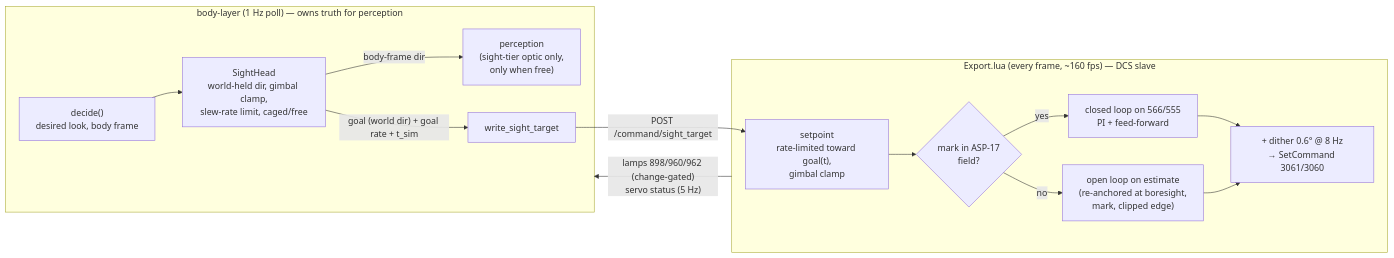
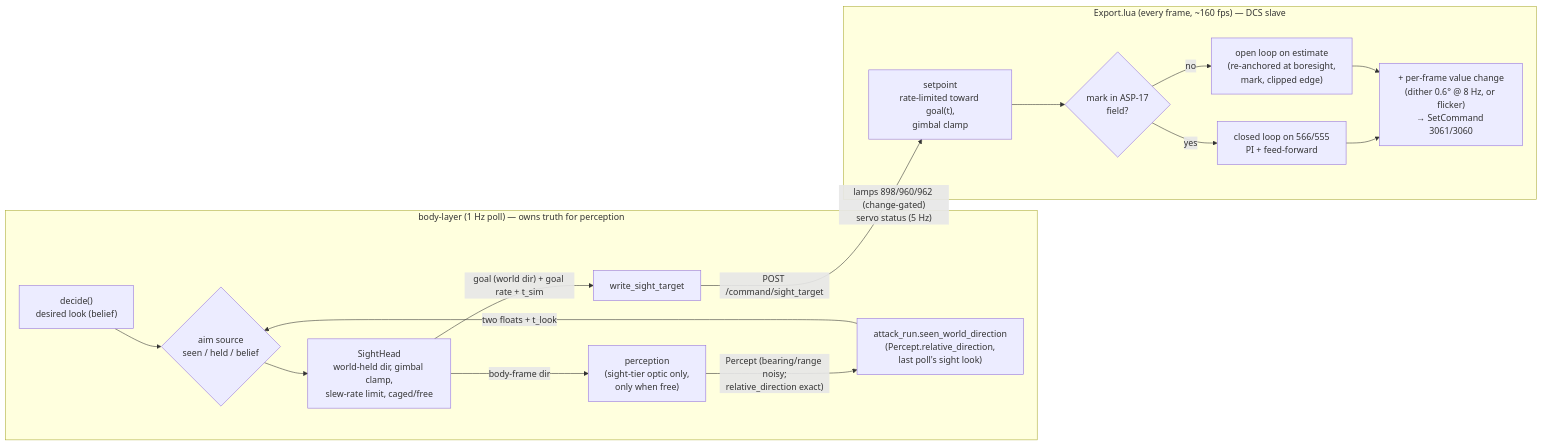
The first of 2 diagrams in plans/9k113-sight-pointing/plan.md (lightlyfallingrain/DCS-petrobrain), drawn with Mermaid before and after one commit. The commit also changed other lines of this file and 1 other file, not shown here.

First line of the commit message:
BL-B80 plan: seen aim (Decision 1 answered) via existing relative_direction channel; servo wobble agnostic (dither|flicker)

````diff
--- a/plans/9k113-sight-pointing/plan.md
+++ b/plans/9k113-sight-pointing/plan.md
@@ -18,17 +30,20 @@
 ```mermaid
 flowchart LR
   subgraph BL["body-layer (1 Hz poll) — owns truth for perception"]
-    D["decide()\ndesired look, body frame"] --> H["SightHead\nworld-held dir, gimbal clamp,\nslew-rate limit, caged/free"]
+    D["decide()\ndesired look (belief)"] --> G{"aim source\nseen / held / belief"}
+    R["attack_run.seen_world_direction\n(Percept.relative_direction,\nlast poll's sight look)"] -->|"two floats + t_look"| G
+    G --> H["SightHead\nworld-held dir, gimbal clamp,\nslew-rate limit, caged/free"]
     H -->|"body-frame dir"| P["perception\n(sight-tier optic only,\nonly when free)"]
+    P -->|"Percept (bearing/range noisy;\nrelative_direction exact)"| R
     H -->|"goal (world dir) + goal rate + t_sim"| W["write_sight_target"]
   end
   subgraph EX["Export.lua (every frame, ~160 fps) — DCS slave"]
     S["setpoint\nrate-limited toward goal(t),\ngimbal clamp"] --> M{"mark in ASP-17\nfield?"}
     M -->|yes| CL["closed loop on 566/555\nPI + feed-forward"]
     M -->|no| OL["open loop on estimate\n(re-anchored at boresight,\nmark, clipped edge)"]
-    CL --> U["+ dither 0.6° @ 8 Hz\n→ SetCommand 3061/3060"]
+    CL --> U["+ per-frame value change\n(dither 0.6° @ 8 Hz, or flicker)\n→ SetCommand 3061/3060"]
     OL --> U
   end
   W -->|"POST /command/sight_target"| S
   EX -->|"lamps 898/960/962 (change-gated)\nservo status (5 Hz)"| BL
 ```
````
